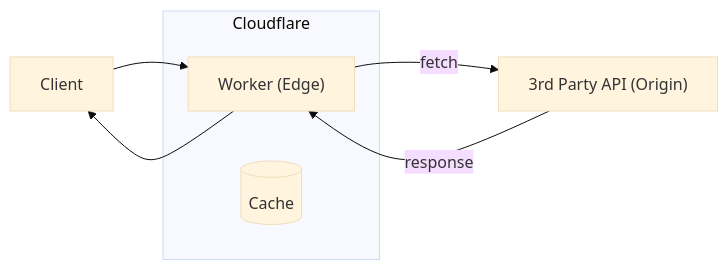
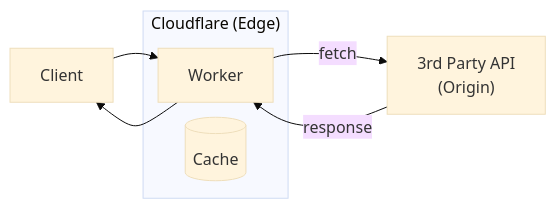
One commit to maku77/maku.blog changed the first of 2 diagrams in content/tech/cloudflare/cache-response.md. Above: the diagram before and after it, drawn with Mermaid (base theme). The commit also changed other lines of this file, not shown here.

Commit message:
How to cache fetch responses in Cloudflare Workers

```diff
--- a/content/tech/cloudflare/cache-response.md
+++ b/content/tech/cloudflare/cache-response.md
@@ -25,11 +24,12 @@
 {{< mermaid >}}
+%%{init:{'flowchart':{'nodeSpacing':15, 'rankSpacing':30}}}%%
 flowchart LR
-  A[Client] --> B["Worker (Edge)"]
-  subgraph Cloudflare
+  A[Client] --> B[Worker]
+  subgraph "Cloudflare (Edge)"
     B
     C[(Cache)]
   end
   B --> A
-  B -->|fetch| D["3rd Party API (Origin)"]
+  B -->|fetch| D["3rd Party API<br>(Origin)"]
   D -->|response| B
 {{< /mermaid >}}
```
